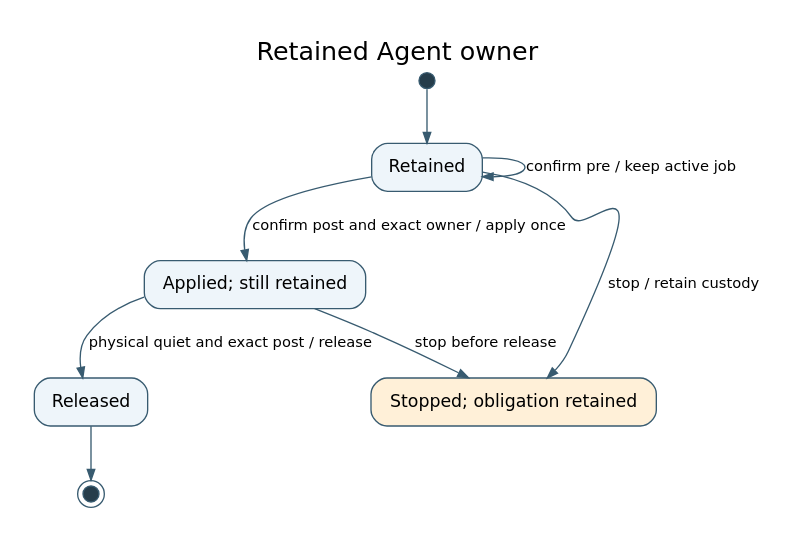
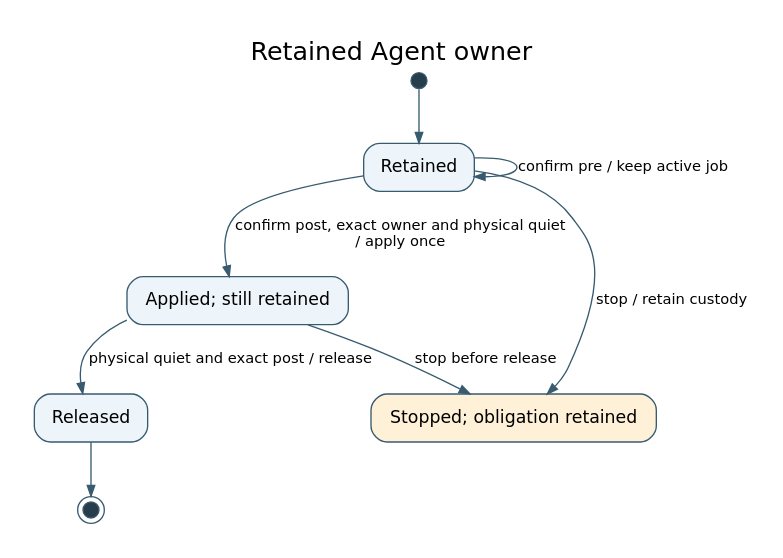
The diagram in spec/models/agent_terminal_recovery/owner-state.dot (Raizo-TCS/phronomy), drawn with Graphviz before and after one commit. The commit also changed 6 other files, not shown here.

```diff
--- a/spec/models/agent_terminal_recovery/owner-state.dot
+++ b/spec/models/agent_terminal_recovery/owner-state.dot
@@ -1,18 +1,18 @@
 digraph AgentOwner {
   graph [rankdir=TB, bgcolor="white", pad="0.25", nodesep="0.45", ranksep="0.55", label="Retained Agent owner", labelloc=t, fontsize=19, fontname="DejaVu Sans"];
   node [shape=box, style="rounded,filled", fillcolor="#eef5fa", color="#385b70", fontname="DejaVu Sans", fontsize=13, margin="0.16,0.10"];
   edge [fontname="DejaVu Sans", fontsize=11, color="#385b70", arrowsize=0.8];
   initial [shape=circle, label="", width=0.16, height=0.16, fillcolor="#263d4b", fixedsize=true];
   Retained [label="Retained"];
   Applying [label="Applied; still retained"];
   Released [label="Released"];
   StoppedRetained [label="Stopped; obligation retained", fillcolor="#fff0d8"];
   final [shape=doublecircle, label="", width=0.16, height=0.16, fillcolor="#263d4b", fixedsize=true];
   initial -> Retained;
   Retained -> Retained [label="confirm pre / keep active job"];
-  Retained -> Applying [label="confirm post and exact owner / apply once"];
+  Retained -> Applying [label="confirm post, exact owner and physical quiet\n/ apply once"];
   Applying -> Released [label="physical quiet and exact post / release"];
   Retained -> StoppedRetained [label="stop / retain custody"];
   Applying -> StoppedRetained [label="stop before release"];
   Released -> final;
 }
```
